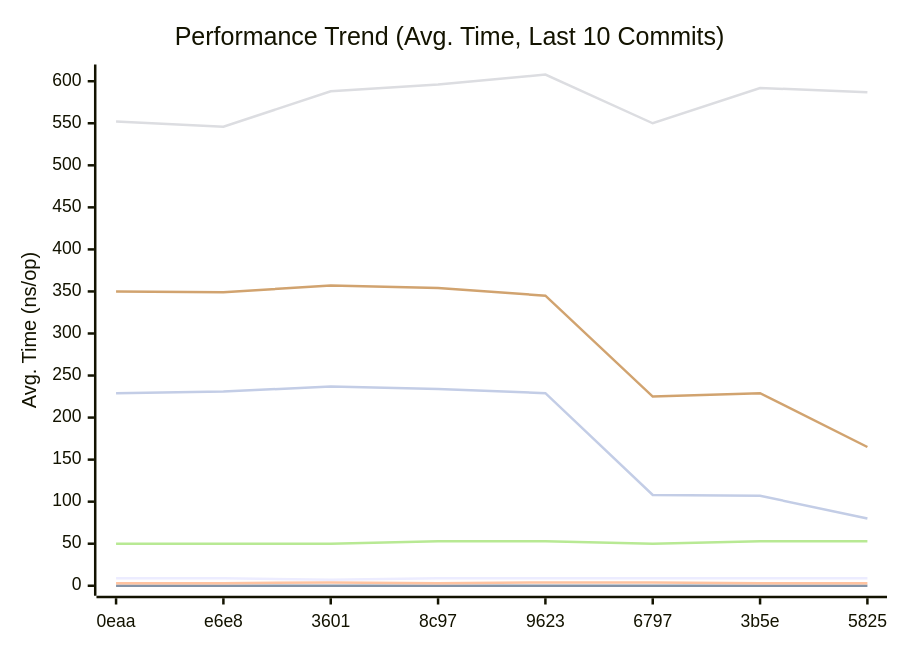
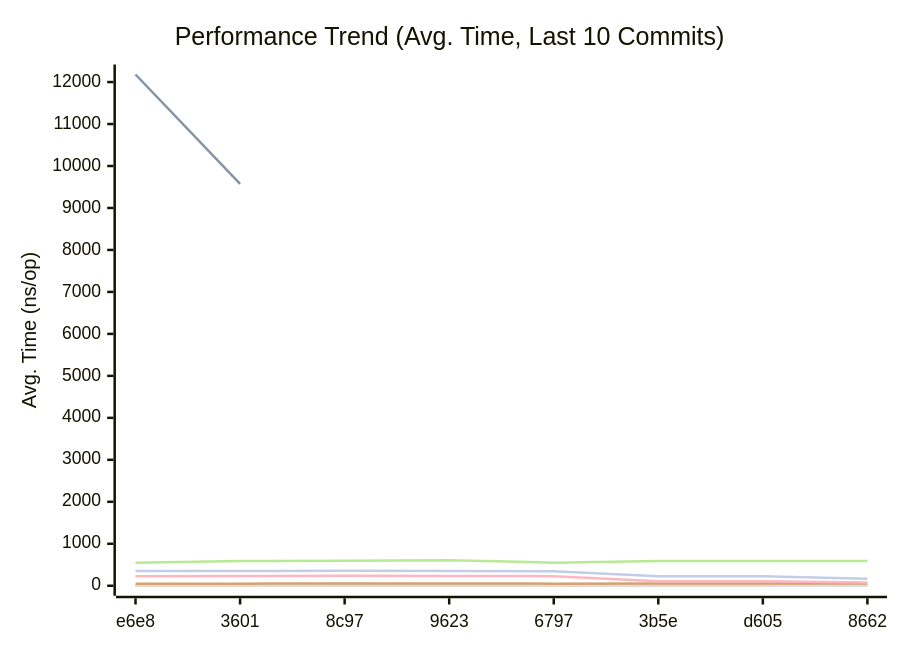
Before and after one commit to alsotoes/momo: the first of 3 diagrams in docs/README.md, drawn with Mermaid. The commit also changed other lines of this file and 9 other files, not shown here.

````diff
--- a/docs/README.md
+++ b/docs/README.md
@@ -309,14 +307,15 @@
 ```mermaid
 xychart-beta
     title "Performance Trend (Avg. Time, Last 10 Commits)"
     x-axis "Commit"
     y-axis "Avg. Time (ns/op)"
-    x-axis [0eaa,e6e8,3601,8c97,9623,6797,3b5e,5825]
-    line "CheckMetricsAndSwap" [9,9,7,9,9,9,9,9,9,9]
+    x-axis [e6e8,3601,8c97,9623,6797,3b5e,d605,8662]
+    line "CheckMetricsAndSwap" [9,7,9,9,9,9,9,9,9,7]
+    line "HashFile" [12180,9576]
     line "IndexDirectTracking" [0,0,0,0,0,0,0,0,0,0]
-    line "IndexSearch" [3,3,4,3,4,4,3,3,2,2]
-    line "LoadGlobalConfig" [552,546,588,596,608,550,592,587,587,592]
-    line "PadString" [50,50,50,53,53,50,53,53,53,53]
+    line "IndexSearch" [3,4,3,4,4,3,3,2,3,2]
+    line "LoadGlobalConfig" [546,588,596,608,550,592,587,587,546,426]
+    line "PadString" [50,50,53,53,50,53,53,53,53,40]
     line "ParseReplicationOrder_NoPrealloc" [350,349,357,354,345,225,229,165,232,234]
     line "ParseReplicationOrder_Prealloc" [229,231,237,234,229,108,107,80,110,109]
 ```
````
